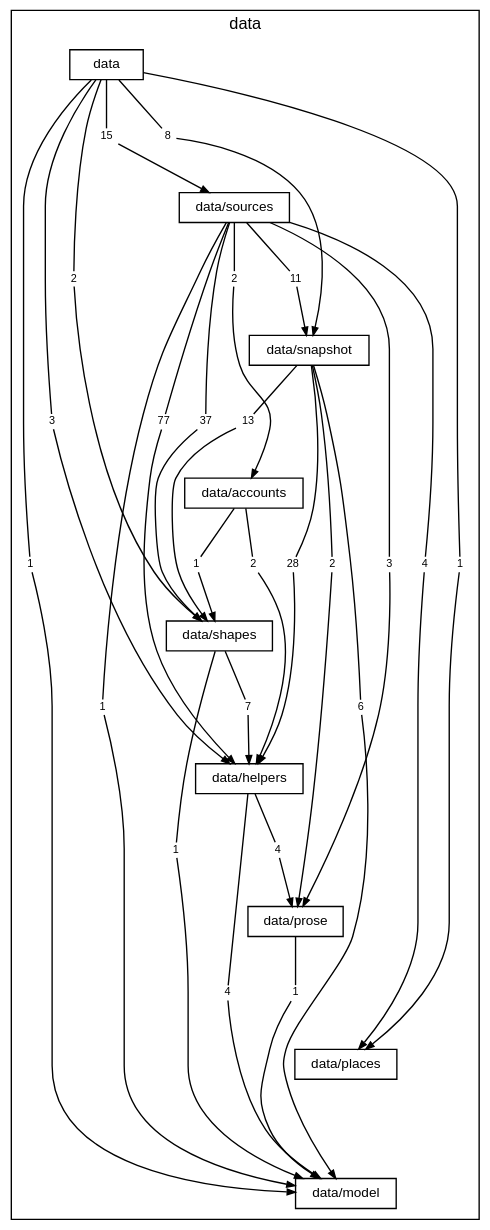
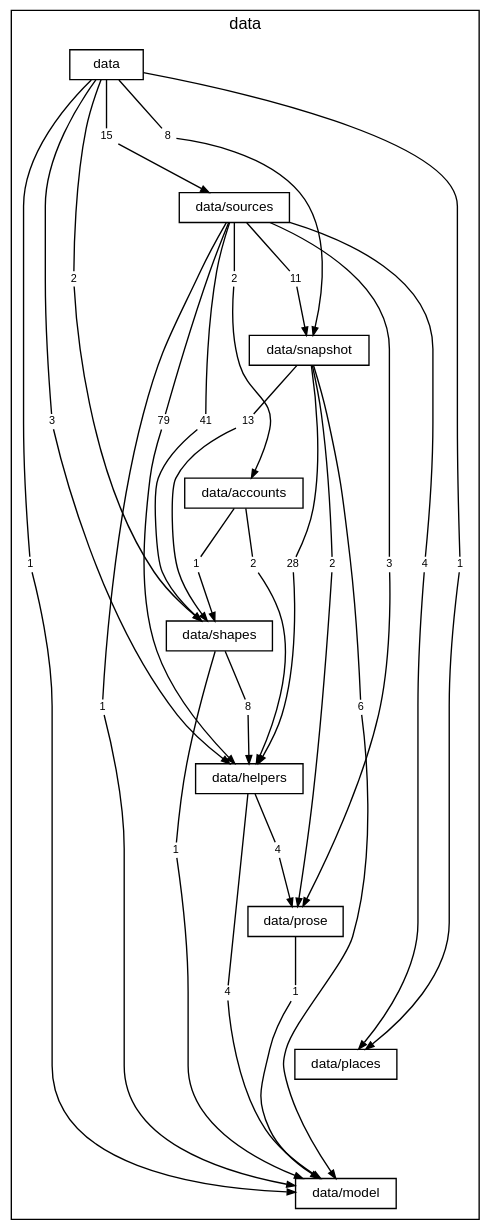
One commit to TheAxeC/oculus changed the diagram in docs/diagrams/layer-data.dot. Above: the diagram before and after it, drawn with Graphviz. The commit also changed 123 other files, not shown here.

```diff
--- a/docs/diagrams/layer-data.dot
+++ b/docs/diagrams/layer-data.dot
@@ -1,97 +1,97 @@
 digraph layer_data {
     graph [bgcolor="transparent", rankdir=TB, newrank=true, mclimit=4, fontname="Helvetica", fontsize=12, nodesep=0.2, ranksep=0.5];
     node [shape=box, color="black", fontcolor="black", fontname="Helvetica", fontsize=10, height=0.3, margin="0.12,0.04"];
     edge [color="black", fontcolor="black", fontname="Helvetica", fontsize=8, arrowsize=0.6];
     subgraph "cluster_data" {
         label="data"; style=solid;
         "folder data" [label="data"];
         "folder data/sources" [label="data/sources"];
         "folder data/snapshot" [label="data/snapshot"];
         "folder data/accounts" [label="data/accounts"];
         "folder data/shapes" [label="data/shapes"];
         "folder data/helpers" [label="data/helpers"];
         "folder data/prose" [label="data/prose"];
         "folder data/places" [label="data/places"];
         "folder data/model" [label="data/model"];
         "folder data to folder data/helpers" [label="3", shape=box, color="transparent", fontsize=8, width=0, height=0, margin="0.04,0.02"];
         "folder data to folder data/model" [label="1", shape=box, color="transparent", fontsize=8, width=0, height=0, margin="0.04,0.02"];
         "folder data to folder data/places" [label="1", shape=box, color="transparent", fontsize=8, width=0, height=0, margin="0.04,0.02"];
         "folder data to folder data/shapes" [label="2", shape=box, color="transparent", fontsize=8, width=0, height=0, margin="0.04,0.02"];
         "folder data to folder data/snapshot" [label="8", shape=box, color="transparent", fontsize=8, width=0, height=0, margin="0.04,0.02"];
         "folder data to folder data/sources" [label="15", shape=box, color="transparent", fontsize=8, width=0, height=0, margin="0.04,0.02"];
         "folder data/sources to folder data/accounts" [label="2", shape=box, color="transparent", fontsize=8, width=0, height=0, margin="0.04,0.02"];
-        "folder data/sources to folder data/helpers" [label="77", shape=box, color="transparent", fontsize=8, width=0, height=0, margin="0.04,0.02"];
+        "folder data/sources to folder data/helpers" [label="79", shape=box, color="transparent", fontsize=8, width=0, height=0, margin="0.04,0.02"];
         "folder data/sources to folder data/model" [label="1", shape=box, color="transparent", fontsize=8, width=0, height=0, margin="0.04,0.02"];
         "folder data/sources to folder data/places" [label="4", shape=box, color="transparent", fontsize=8, width=0, height=0, margin="0.04,0.02"];
         "folder data/sources to folder data/prose" [label="3", shape=box, color="transparent", fontsize=8, width=0, height=0, margin="0.04,0.02"];
-        "folder data/sources to folder data/shapes" [label="37", shape=box, color="transparent", fontsize=8, width=0, height=0, margin="0.04,0.02"];
+        "folder data/sources to folder data/shapes" [label="41", shape=box, color="transparent", fontsize=8, width=0, height=0, margin="0.04,0.02"];
         "folder data/sources to folder data/snapshot" [label="11", shape=box, color="transparent", fontsize=8, width=0, height=0, margin="0.04,0.02"];
         "folder data/snapshot to folder data/helpers" [label="28", shape=box, color="transparent", fontsize=8, width=0, height=0, margin="0.04,0.02"];
         "folder data/snapshot to folder data/model" [label="6", shape=box, color="transparent", fontsize=8, width=0, height=0, margin="0.04,0.02"];
         "folder data/snapshot to folder data/prose" [label="2", shape=box, color="transparent", fontsize=8, width=0, height=0, margin="0.04,0.02"];
         "folder data/snapshot to folder data/shapes" [label="13", shape=box, color="transparent", fontsize=8, width=0, height=0, margin="0.04,0.02"];
         "folder data/accounts to folder data/helpers" [label="2", shape=box, color="transparent", fontsize=8, width=0, height=0, margin="0.04,0.02"];
         "folder data/accounts to folder data/shapes" [label="1", shape=box, color="transparent", fontsize=8, width=0, height=0, margin="0.04,0.02"];
-        "folder data/shapes to folder data/helpers" [label="7", shape=box, color="transparent", fontsize=8, width=0, height=0, margin="0.04,0.02"];
+        "folder data/shapes to folder data/helpers" [label="8", shape=box, color="transparent", fontsize=8, width=0, height=0, margin="0.04,0.02"];
         "folder data/shapes to folder data/model" [label="1", shape=box, color="transparent", fontsize=8, width=0, height=0, margin="0.04,0.02"];
         "folder data/helpers to folder data/model" [label="4", shape=box, color="transparent", fontsize=8, width=0, height=0, margin="0.04,0.02"];
         "folder data/helpers to folder data/prose" [label="4", shape=box, color="transparent", fontsize=8, width=0, height=0, margin="0.04,0.02"];
         "folder data/prose to folder data/model" [label="1", shape=box, color="transparent", fontsize=8, width=0, height=0, margin="0.04,0.02"];
     }
     "folder data" -> "folder data/sources" [style=invis, weight=10, minlen=2];
     "folder data/sources" -> "folder data/snapshot" [style=invis, weight=10, minlen=2];
     "folder data/snapshot" -> "folder data/accounts" [style=invis, weight=10, minlen=2];
     "folder data/accounts" -> "folder data/shapes" [style=invis, weight=10, minlen=2];
     "folder data/shapes" -> "folder data/helpers" [style=invis, weight=10, minlen=2];
     "folder data/helpers" -> "folder data/prose" [style=invis, weight=10, minlen=2];
     "folder data/prose" -> "folder data/places" [style=invis, weight=10, minlen=2];
     "folder data/places" -> "folder data/model" [style=invis, weight=10, minlen=2];
     "folder data" -> "folder data to folder data/helpers" [arrowhead=none, minlen=5, weight=10];
     "folder data to folder data/helpers" -> "folder data/helpers" [];
     "folder data" -> "folder data to folder data/model" [arrowhead=none, minlen=7, weight=10];
     "folder data to folder data/model" -> "folder data/model" [];
     "folder data" -> "folder data to folder data/places" [arrowhead=none, minlen=7, weight=10];
     "folder data to folder data/places" -> "folder data/places" [];
     "folder data" -> "folder data to folder data/shapes" [arrowhead=none, minlen=3, weight=10];
     "folder data to folder data/shapes" -> "folder data/shapes" [];
     "folder data" -> "folder data to folder data/snapshot" [arrowhead=none, minlen=1, weight=10];
     "folder data to folder data/snapshot" -> "folder data/snapshot" [];
     "folder data" -> "folder data to folder data/sources" [arrowhead=none, minlen=1, weight=10];
     "folder data to folder data/sources" -> "folder data/sources" [];
     "folder data/sources" -> "folder data/sources to folder data/accounts" [arrowhead=none, minlen=1, weight=10];
     "folder data/sources to folder data/accounts" -> "folder data/accounts" [];
     "folder data/sources" -> "folder data/sources to folder data/helpers" [arrowhead=none, minlen=3, weight=10];
     "folder data/sources to folder data/helpers" -> "folder data/helpers" [];
     "folder data/sources" -> "folder data/sources to folder data/model" [arrowhead=none, minlen=7, weight=10];
     "folder data/sources to folder data/model" -> "folder data/model" [];
     "folder data/sources" -> "folder data/sources to folder data/places" [arrowhead=none, minlen=5, weight=10];
     "folder data/sources to folder data/places" -> "folder data/places" [];
     "folder data/sources" -> "folder data/sources to folder data/prose" [arrowhead=none, minlen=5, weight=10];
     "folder data/sources to folder data/prose" -> "folder data/prose" [];
     "folder data/sources" -> "folder data/sources to folder data/shapes" [arrowhead=none, minlen=3, weight=10];
     "folder data/sources to folder data/shapes" -> "folder data/shapes" [];
     "folder data/sources" -> "folder data/sources to folder data/snapshot" [arrowhead=none, minlen=1, weight=10];
     "folder data/sources to folder data/snapshot" -> "folder data/snapshot" [];
     "folder data/snapshot" -> "folder data/snapshot to folder data/helpers" [arrowhead=none, minlen=3, weight=10];
     "folder data/snapshot to folder data/helpers" -> "folder data/helpers" [];
     "folder data/snapshot" -> "folder data/snapshot to folder data/model" [arrowhead=none, minlen=5, weight=10];
     "folder data/snapshot to folder data/model" -> "folder data/model" [];
     "folder data/snapshot" -> "folder data/snapshot to folder data/prose" [arrowhead=none, minlen=3, weight=10];
     "folder data/snapshot to folder data/prose" -> "folder data/prose" [];
     "folder data/snapshot" -> "folder data/snapshot to folder data/shapes" [arrowhead=none, minlen=1, weight=10];
     "folder data/snapshot to folder data/shapes" -> "folder data/shapes" [];
     "folder data/accounts" -> "folder data/accounts to folder data/helpers" [arrowhead=none, minlen=1, weight=10];
     "folder data/accounts to folder data/helpers" -> "folder data/helpers" [];
     "folder data/accounts" -> "folder data/accounts to folder data/shapes" [arrowhead=none, minlen=1, weight=10];
     "folder data/accounts to folder data/shapes" -> "folder data/shapes" [];
     "folder data/shapes" -> "folder data/shapes to folder data/helpers" [arrowhead=none, minlen=1, weight=10];
     "folder data/shapes to folder data/helpers" -> "folder data/helpers" [];
     "folder data/shapes" -> "folder data/shapes to folder data/model" [arrowhead=none, minlen=3, weight=10];
     "folder data/shapes to folder data/model" -> "folder data/model" [];
     "folder data/helpers" -> "folder data/helpers to folder data/model" [arrowhead=none, minlen=3, weight=10];
     "folder data/helpers to folder data/model" -> "folder data/model" [];
     "folder data/helpers" -> "folder data/helpers to folder data/prose" [arrowhead=none, minlen=1, weight=10];
     "folder data/helpers to folder data/prose" -> "folder data/prose" [];
     "folder data/prose" -> "folder data/prose to folder data/model" [arrowhead=none, minlen=1, weight=10];
     "folder data/prose to folder data/model" -> "folder data/model" [];
 }
```
